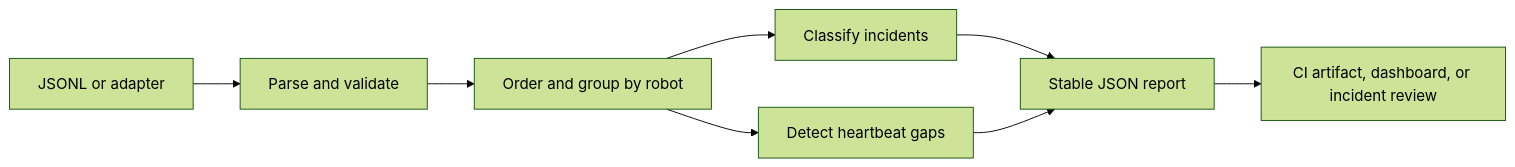
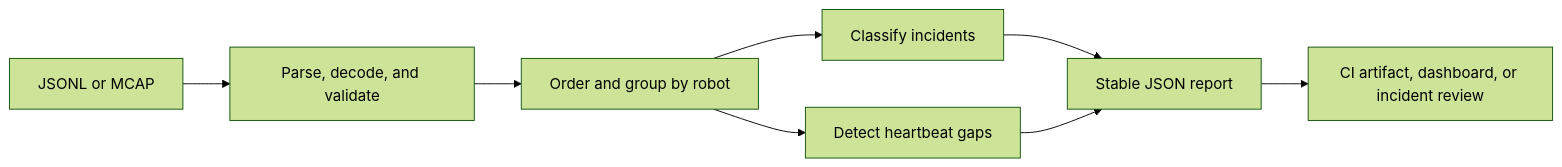
One commit to Parth-Oza/autonomy-log-triage changed the diagram in README.md. Above: the diagram before and after it, drawn with Mermaid (forest theme). The commit also changed other lines of this file and 9 other files, not shown here.

First line of the commit message:
Add streaming MCAP ingestion adapter (#2)

````diff
--- a/README.md
+++ b/README.md
@@ -26,10 +27,10 @@
 ```mermaid
 flowchart LR
-  A[JSONL or adapter] --> B[Parse and validate]
+  A[JSONL or MCAP] --> B[Parse, decode, and validate]
   B --> C[Order and group by robot]
   C --> D[Classify incidents]
   C --> E[Detect heartbeat gaps]
   D --> F[Stable JSON report]
   E --> F
   F --> G[CI artifact, dashboard, or incident review]
 ```
````
